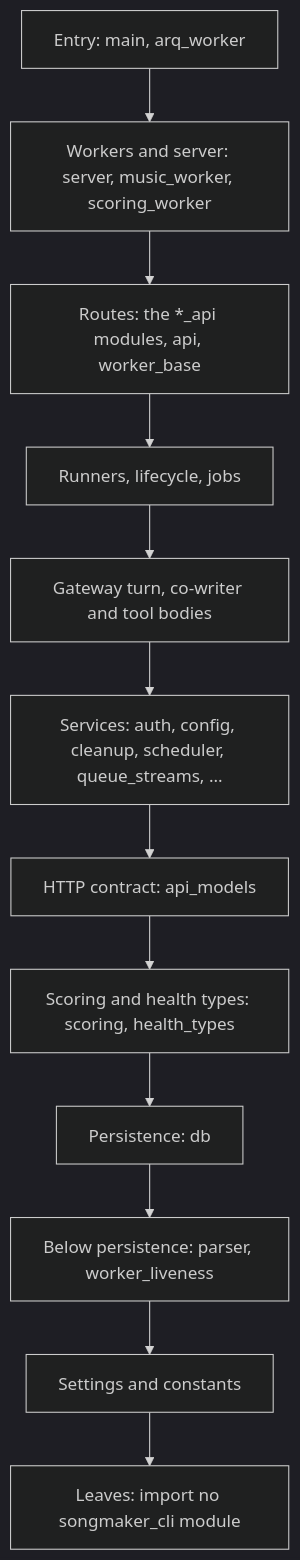
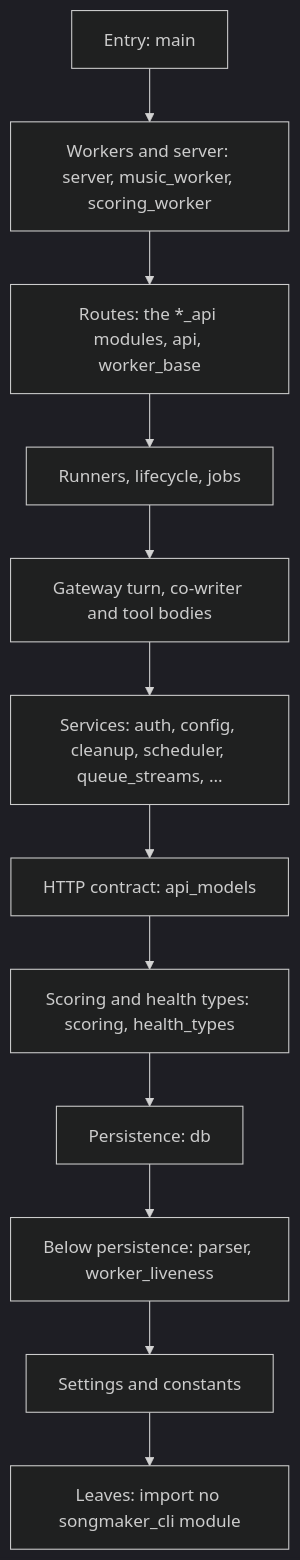
Before and after one commit to overnightworks/songmaker: the diagram in docs/architecture.md, drawn with Mermaid (dark theme). The commit also changed other lines of this file and 43 other files, not shown here.

````diff
--- a/docs/architecture.md
+++ b/docs/architecture.md
@@ -1225,16 +1225,16 @@
 ```mermaid
 flowchart TB
-    entry["Entry: main, arq_worker"]
+    entry["Entry: main"]
     workers["Workers and server: server, music_worker, scoring_worker"]
     routes["Routes: the *_api modules, api, worker_base"]
     runtime["Runners, lifecycle, jobs"]
     ai["Gateway turn, co-writer and tool bodies"]
     services["Services: auth, config, cleanup, scheduler, queue_streams, ..."]
     contract["HTTP contract: api_models"]
     typed["Scoring and health types: scoring, health_types"]
     persistence["Persistence: db"]
     below["Below persistence: parser, worker_liveness"]
     base["Settings and constants"]
     leaves["Leaves: import no songmaker_cli module"]
     entry --> workers --> routes --> runtime --> ai --> services --> contract --> typed --> persistence --> below --> base --> leaves
 ```
````
